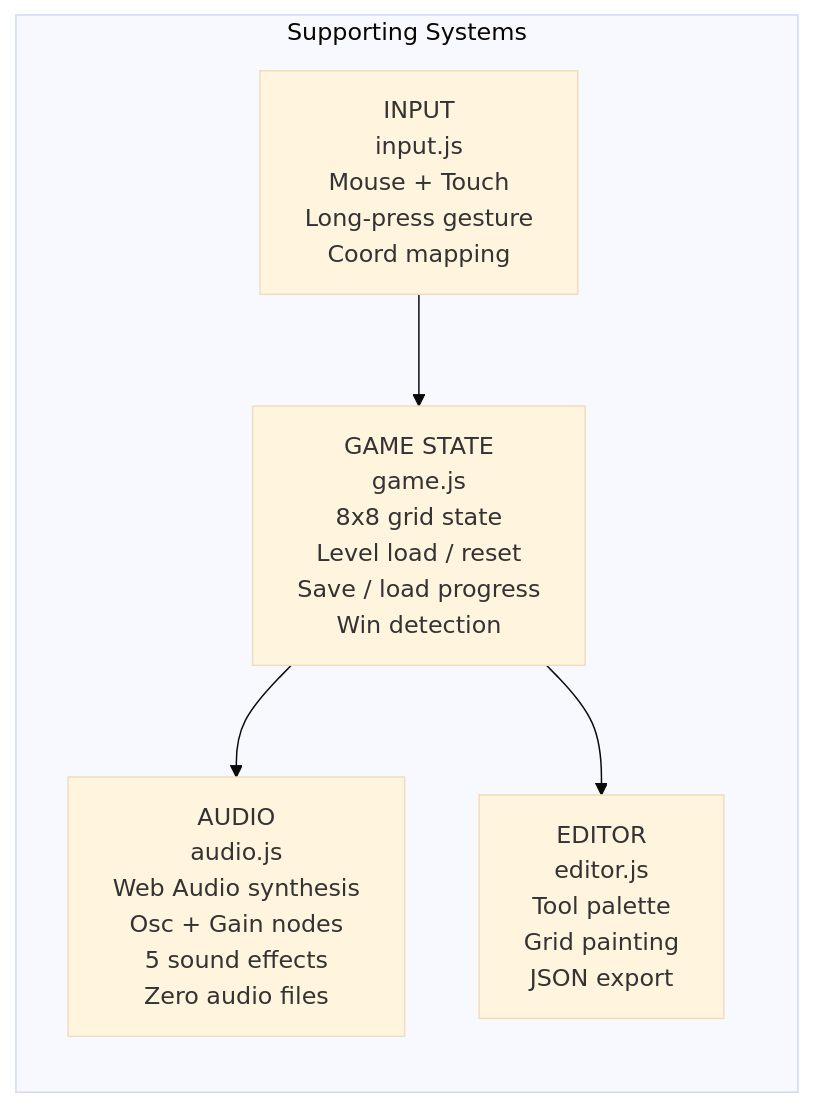
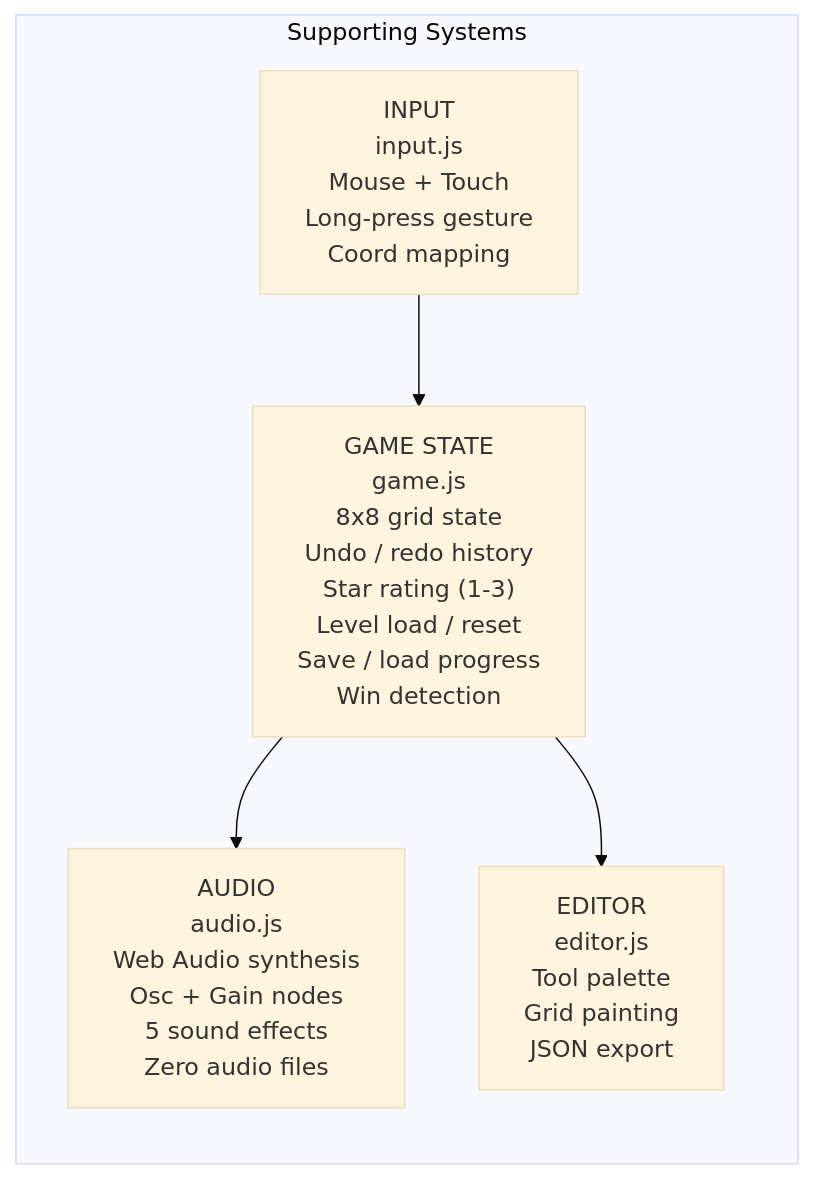
One commit to jacksonvincent012-web/Solstice-Game changed the second of 6 diagrams in README.md. Above: the diagram before and after it, drawn with Mermaid (base theme). The commit also changed other lines of this file, not shown here.

Commit message:
Update README with undo/redo, star rating, and settings panel documentation

````diff
--- a/README.md
+++ b/README.md
@@ -32,13 +32,13 @@
 ```mermaid
 flowchart TB
     subgraph Systems[Supporting Systems]
         direction TB
         IM["INPUT<br>input.js<br>Mouse + Touch<br>Long-press gesture<br>Coord mapping"]
-        GS["GAME STATE<br>game.js<br>8x8 grid state<br>Level load / reset<br>Save / load progress<br>Win detection"]
+        GS["GAME STATE<br>game.js<br>8x8 grid state<br>Undo / redo history<br>Star rating (1-3)<br>Level load / reset<br>Save / load progress<br>Win detection"]
         AU["AUDIO<br>audio.js<br>Web Audio synthesis<br>Osc + Gain nodes<br>5 sound effects<br>Zero audio files"]
         ED["EDITOR<br>editor.js<br>Tool palette<br>Grid painting<br>JSON export"]
     end
 
     IM --> GS --> AU
     GS --> ED
 ```
````
